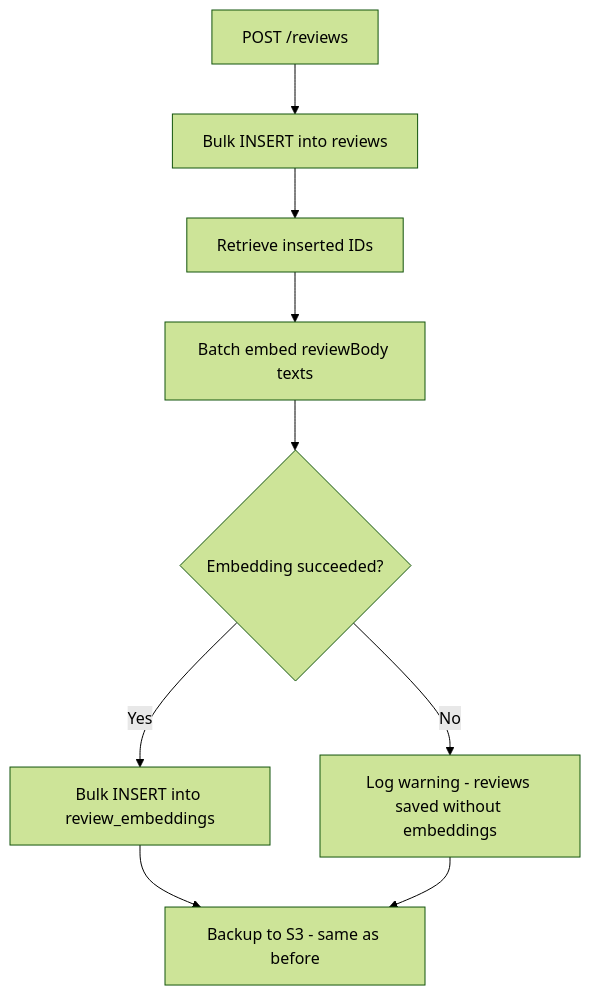
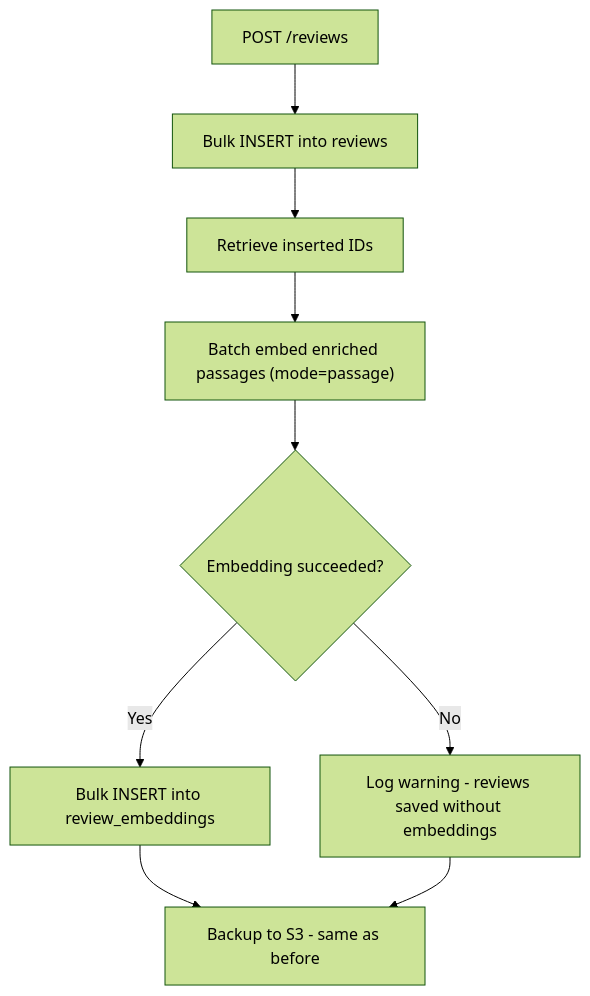
Before and after one commit to EvgenyMeredelin/bankiru-reviews: the third of 4 diagrams in plans/semantic-search.md, drawn with Mermaid (forest theme). The commit also changed other lines of this file and 8 other files, not shown here.

````diff
--- a/plans/semantic-search.md
+++ b/plans/semantic-search.md
@@ -304,11 +306,11 @@
 ```mermaid
 flowchart TD
     A[POST /reviews] --> B[Bulk INSERT into reviews]
     B --> C[Retrieve inserted IDs]
-    C --> D[Batch embed reviewBody texts]
+    C --> D["Batch embed enriched passages (mode=passage)"]
     D --> E{Embedding succeeded?}
     E -->|Yes| F[Bulk INSERT into review_embeddings]
     E -->|No| G[Log warning - reviews saved without embeddings]
     F --> H[Backup to S3 - same as before]
     G --> H
 ```
````
